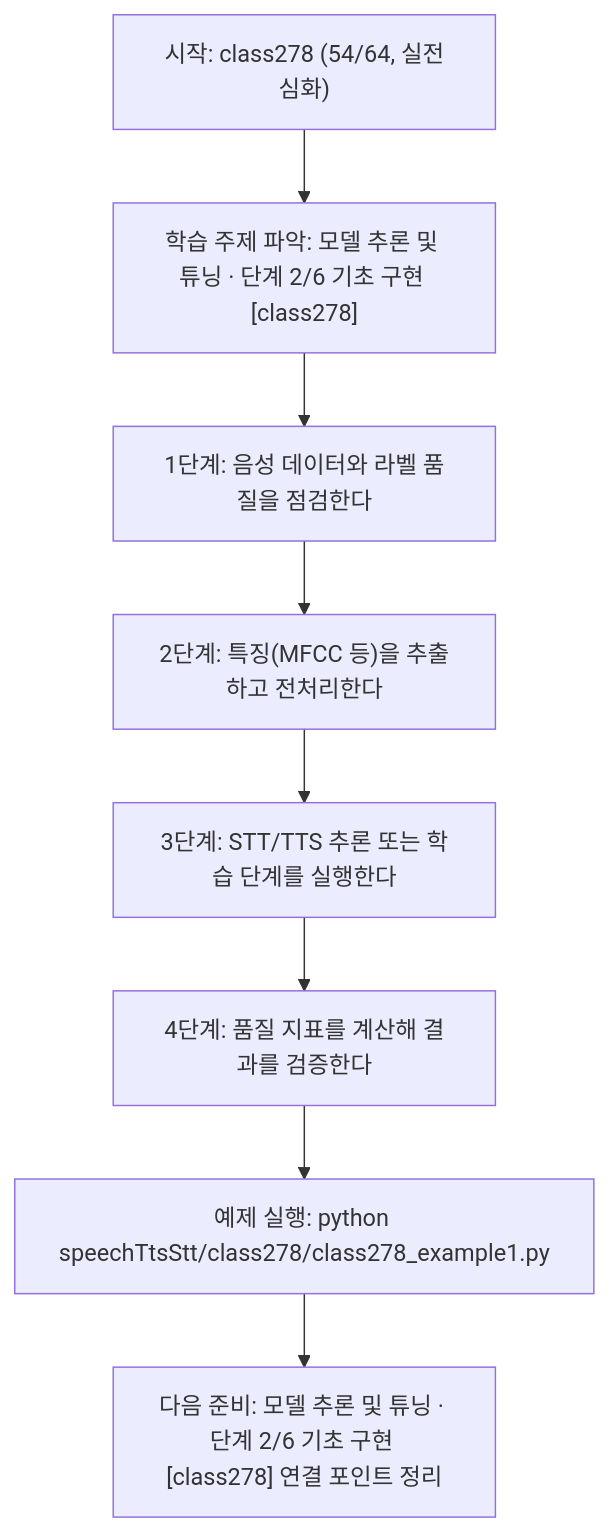
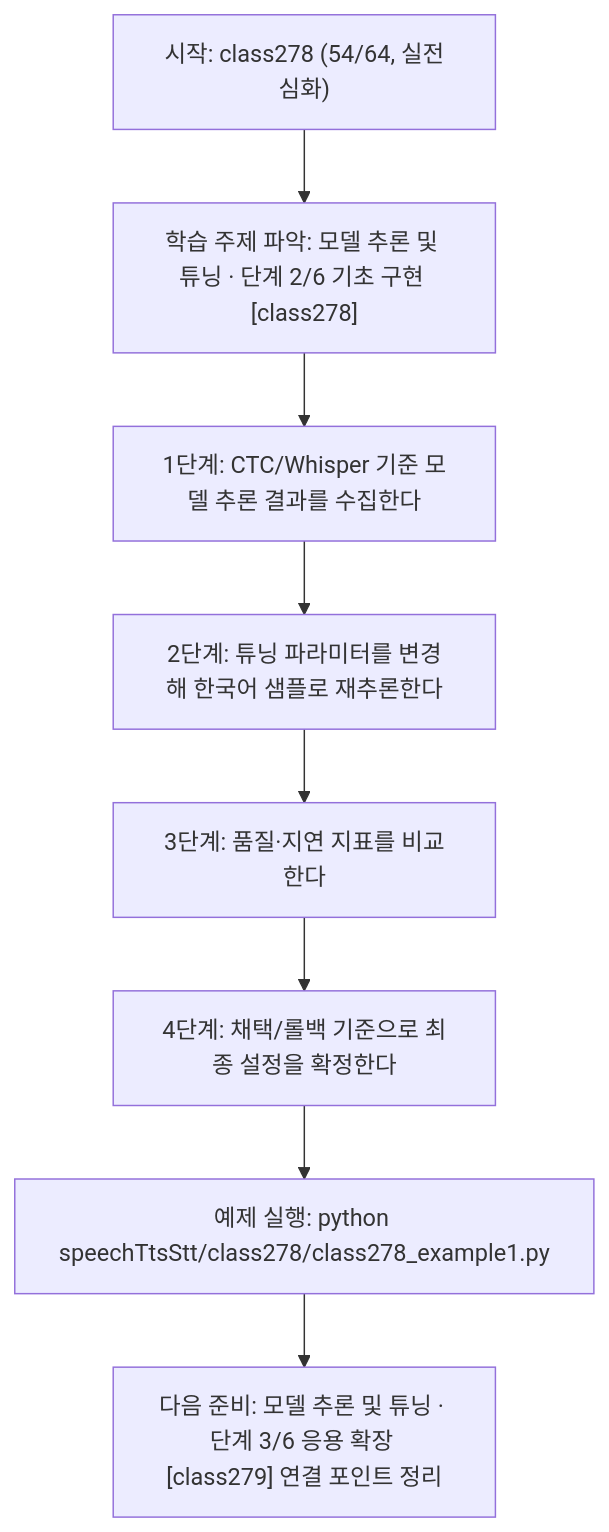
The diagram in speechTtsStt/class278/class278.md (edumgt/Python-AI_Agent-Class), drawn with Mermaid before and after one commit. The commit also changed other lines of this file and 1122 other files, not shown here.

````diff
--- a/speechTtsStt/class278/class278.md
+++ b/speechTtsStt/class278/class278.md
@@ -114,18 +95,18 @@
 ```mermaid
 flowchart TD
 N1["시작: class278 (54/64, 실전심화)"]
 N2["학습 주제 파악: 모델 추론 및 튜닝 · 단계 2/6 기초 구현 [class278]"]
-N3["1단계: 음성 데이터와 라벨 품질을 점검한다"]
-N4["2단계: 특징(MFCC 등)을 추출하고 전처리한다"]
-N5["3단계: STT/TTS 추론 또는 학습 단계를 실행한다"]
-N6["4단계: 품질 지표를 계산해 결과를 검증한다"]
+N3["1단계: CTC/Whisper 기준 모델 추론 결과를 수집한다"]
+N4["2단계: 튜닝 파라미터를 변경해 한국어 샘플로 재추론한다"]
+N5["3단계: 품질·지연 지표를 비교한다"]
+N6["4단계: 채택/롤백 기준으로 최종 설정을 확정한다"]
 N7["예제 실행: python speechTtsStt/class278/class278_example1.py"]
-N8["다음 준비: 모델 추론 및 튜닝 · 단계 2/6 기초 구현 [class278] 연결 포인트 정리"]
+N8["다음 준비: 모델 추론 및 튜닝 · 단계 3/6 응용 확장 [class279] 연결 포인트 정리"]
 N1 --> N2
 N2 --> N3
 N3 --> N4
 N4 --> N5
 N5 --> N6
 N6 --> N7
 N7 --> N8
 ```
````
